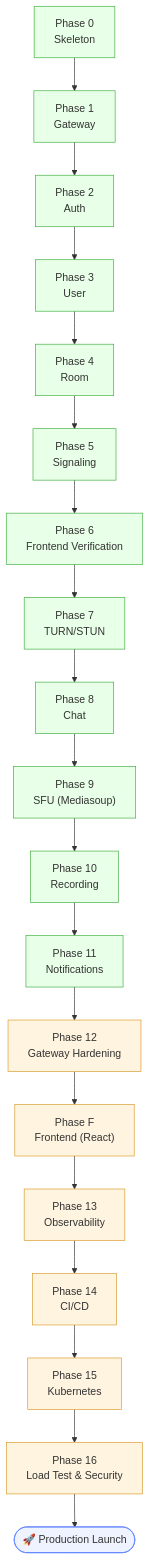
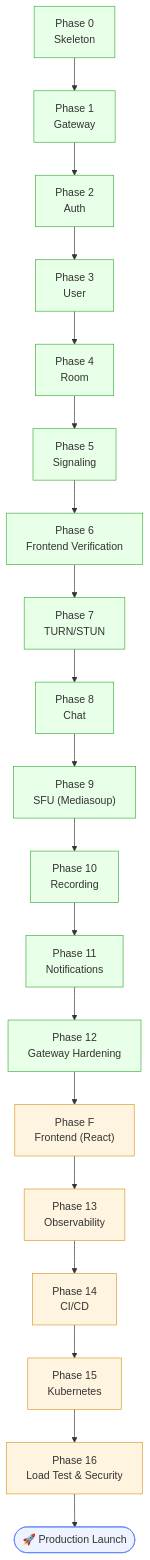
One commit to INDIAN-MEET/GOOGLE_MEET changed the ninth of 9 diagrams in STEP.MD. Above: the diagram before and after it, drawn with Mermaid. The commit also changed other lines of this file and 9 other files, not shown here.

````diff
--- a/STEP.MD
+++ b/STEP.MD
@@ -379,41 +393,41 @@
 ```mermaid
 flowchart TD
     P0["Phase 0<br/>Skeleton"] --> P1["Phase 1<br/>Gateway"]
     P1 --> P2["Phase 2<br/>Auth"]
     P2 --> P3["Phase 3<br/>User"]
     P3 --> P4["Phase 4<br/>Room"]
     P4 --> P5["Phase 5<br/>Signaling"]
     P5 --> P6["Phase 6<br/>Frontend Verification"]
     P6 --> P7["Phase 7<br/>TURN/STUN"]
     P7 --> P8["Phase 8<br/>Chat"]
     P8 --> P9["Phase 9<br/>SFU (Mediasoup)"]
     P9 --> P10["Phase 10<br/>Recording"]
     P10 --> P11["Phase 11<br/>Notifications"]
     P11 --> P12["Phase 12<br/>Gateway Hardening"]
     P12 --> PF["Phase F<br/>Frontend (React)"]
     PF --> P13["Phase 13<br/>Observability"]
     P13 --> P14["Phase 14<br/>CI/CD"]
     P14 --> P15["Phase 15<br/>Kubernetes"]
     P15 --> P16["Phase 16<br/>Load Test & Security"]
     P16 --> Launch(["🚀 Production Launch"])
 
     style P0 fill:#e8ffe8,stroke:#3fae3f
     style P1 fill:#e8ffe8,stroke:#3fae3f
     style P2 fill:#e8ffe8,stroke:#3fae3f
     style P3 fill:#e8ffe8,stroke:#3fae3f
     style P4 fill:#e8ffe8,stroke:#3fae3f
     style P5 fill:#e8ffe8,stroke:#3fae3f
     style P6 fill:#e8ffe8,stroke:#3fae3f
     style P7 fill:#e8ffe8,stroke:#3fae3f
     style P8 fill:#e8ffe8,stroke:#3fae3f
     style P9 fill:#e8ffe8,stroke:#3fae3f
     style P10 fill:#e8ffe8,stroke:#3fae3f
     style P11 fill:#e8ffe8,stroke:#3fae3f
-    style P12 fill:#fff4e0,stroke:#d99a2b
+    style P12 fill:#e8ffe8,stroke:#3fae3f
     style PF fill:#fff4e0,stroke:#d99a2b
     style P13 fill:#fff4e0,stroke:#d99a2b
     style P14 fill:#fff4e0,stroke:#d99a2b
     style P15 fill:#fff4e0,stroke:#d99a2b
     style P16 fill:#fff4e0,stroke:#d99a2b
     style Launch fill:#eef3ff,stroke:#5b7fff
 ```
````
